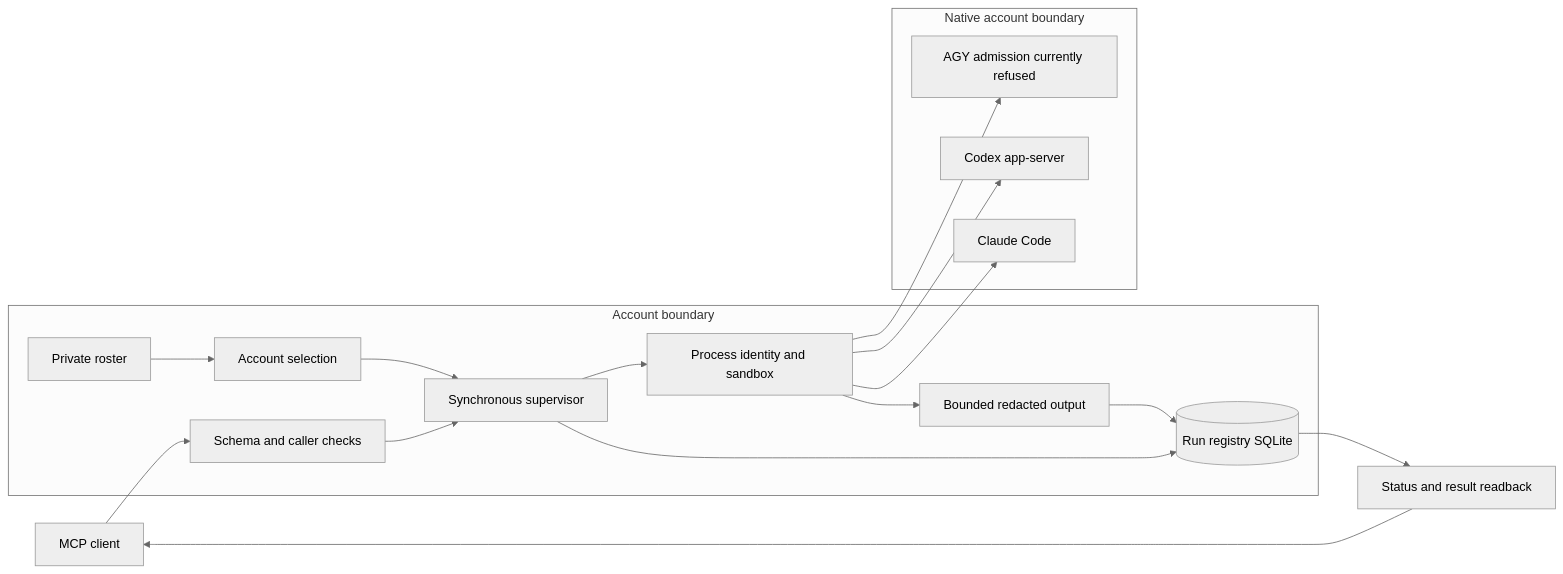
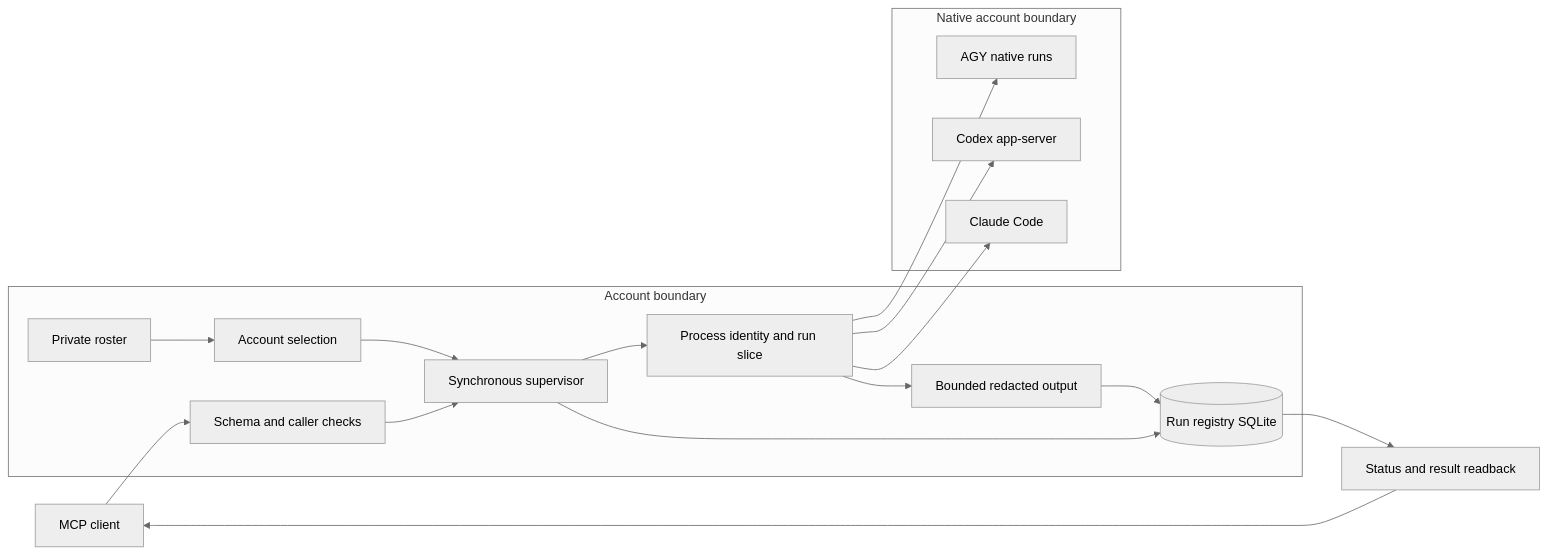
The first of 3 diagrams in docs/components/nspawn/ARCHITECTURE.md (menot-you/n-memory), drawn with Mermaid (neutral theme) before and after one commit. The commit also changed other lines of this file and 400 other files, not shown here.

````diff
--- a/docs/components/nspawn/ARCHITECTURE.md
+++ b/docs/components/nspawn/ARCHITECTURE.md
@@ -3,20 +3,20 @@
 ```mermaid
 flowchart LR
     Client[MCP client] --> Door[Schema and caller checks]
     subgraph Account[Account boundary]
         Door --> Supervisor[Synchronous supervisor]
         Roster[Private roster] --> Picker[Account selection]
         Picker --> Supervisor
         Supervisor --> Registry[(Run registry SQLite)]
-        Supervisor --> Custody[Process identity and sandbox]
+        Supervisor --> Custody[Process identity and run slice]
         Custody --> Pump[Bounded redacted output]
         Pump --> Registry
     end
     subgraph Vendor[Native account boundary]
         Custody --> Claude[Claude Code]
         Custody --> Codex[Codex app-server]
-        Custody --> AGY[AGY admission currently refused]
+        Custody --> AGY[AGY native runs]
     end
     Registry --> Result[Status and result readback]
     Result --> Client
 ```
````
